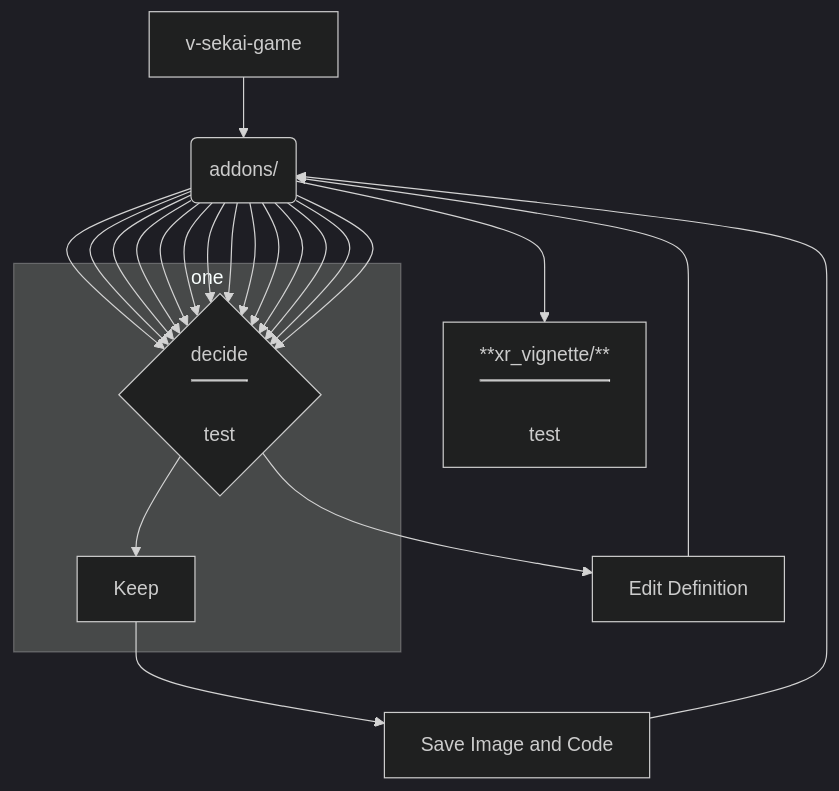
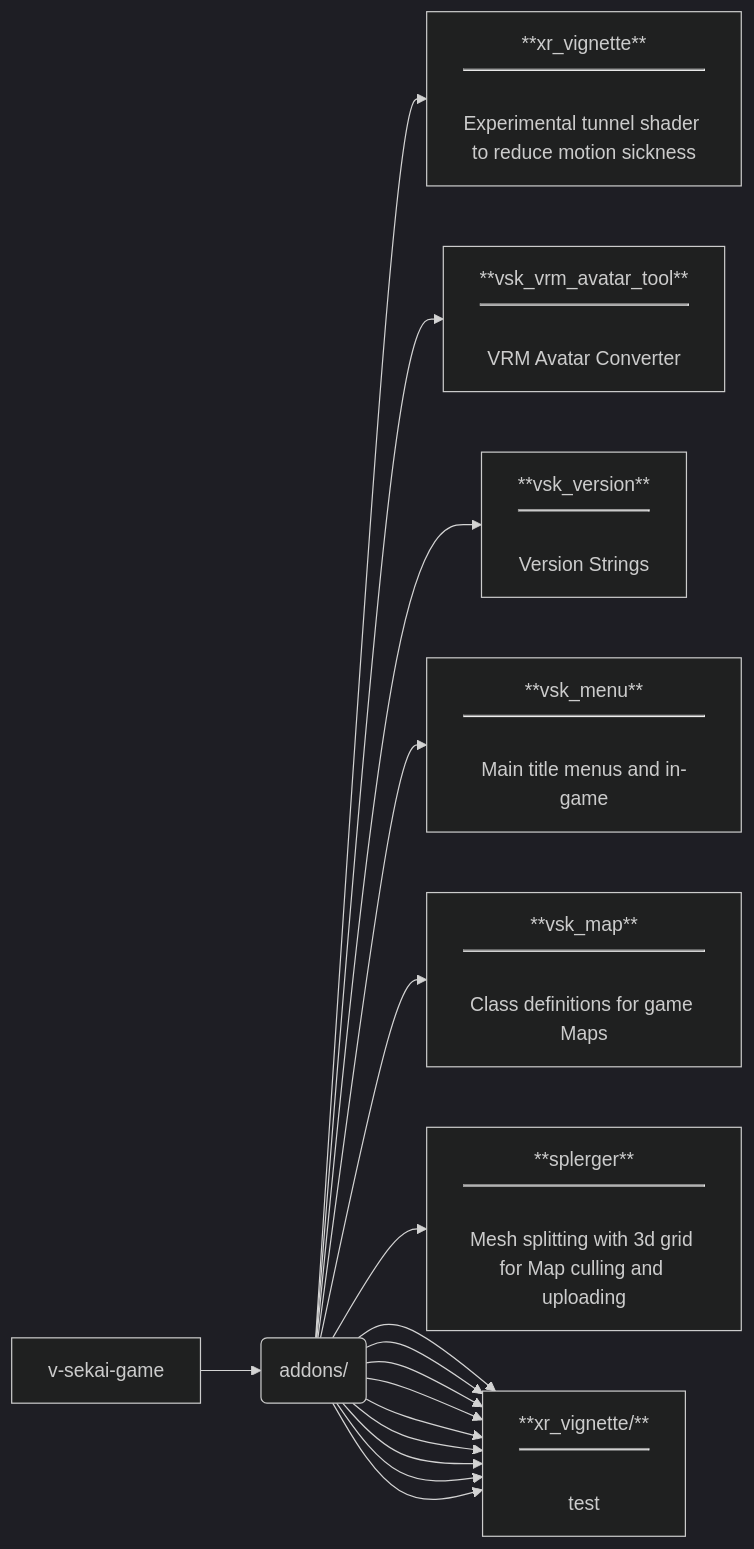
The first of 2 diagrams in test.md (dragonhunt02/v-sekai-game), drawn with Mermaid (dark theme) before and after one commit.

````diff
--- a/test.md
+++ b/test.md
@@ -1,28 +1,20 @@
 ```mermaid
-flowchart TD
+flowchart LR
     A[v-sekai-game] --> B(addons/)
-    B --> addon1[**xr_vignette/**<hr></br>test]
-    B --> C{decide<hr></br>test}
-    B --> C{decide<hr></br>test}
-    B --> C{decide<hr></br>test}
-    B --> C{decide<hr></br>test}
-    B --> C{decide<hr></br>test}
-    B --> C{decide<hr></br>test}
-    B --> C{decide<hr></br>test}
-    B --> C{decide<hr></br>test}
-    B --> C{decide<hr></br>test}
-    B --> C{decide<hr></br>test}
-    B --> C{decide<hr></br>test}
-    B --> C{decide<hr></br>test}
-    B --> C{decide<hr></br>test}
-    B --> C{decide<hr></br>test}
-    subgraph one
-        C --> D[Keep]
-    end
-    C --> E[Edit Definition]
-    E --> B
-    D --> F[Save Image and Code]
-    F --> B
-
+    B --> addon0[**xr_vignette**<hr></br>Experimental tunnel shader to reduce motion sickness]
+    B --> addon1[**vsk_vrm_avatar_tool**<hr></br>VRM Avatar Converter]
+    B --> addon2[**vsk_version**<hr></br>Version Strings]
+    B --> addon3[**vsk_menu**<hr></br>Main title menus and in-game]
+    B --> addon4[**vsk_map**<hr></br>Class definitions for game Maps]
+    B --> addon5[**splerger**<hr></br>Mesh splitting with 3d grid for Map culling and uploading]
+    B --> addon[**xr_vignette/**<hr></br>test]
+    B --> addon[**xr_vignette/**<hr></br>test]
+    B --> addon[**xr_vignette/**<hr></br>test]
+    B --> addon[**xr_vignette/**<hr></br>test]
+    B --> addon[**xr_vignette/**<hr></br>test]
+    B --> addon[**xr_vignette/**<hr></br>test]
+    B --> addon[**xr_vignette/**<hr></br>test]
+    B --> addon[**xr_vignette/**<hr></br>test]
+    B --> addon[**xr_vignette/**<hr></br>test]
 
 ```
````
